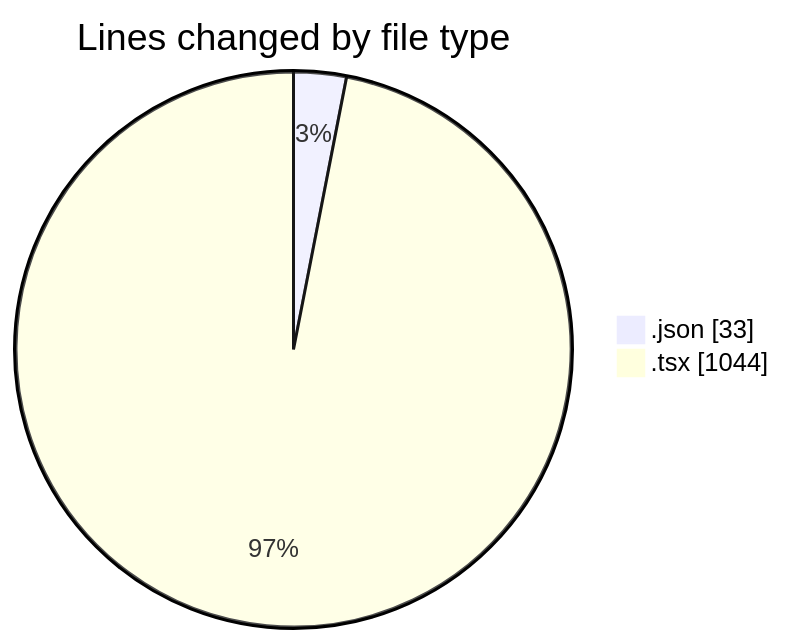
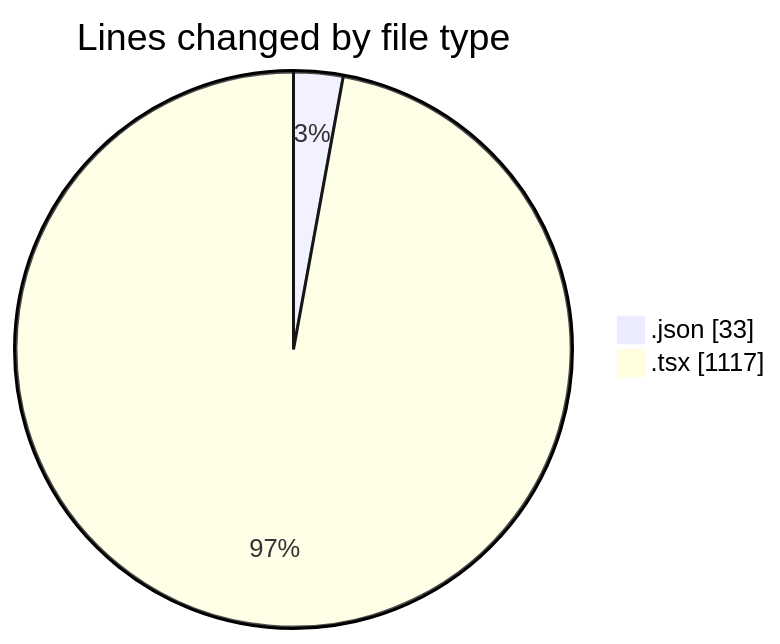
One commit to Elitesun/code-tracking changed the first of 2 diagrams in 2025-03-11/projet_stage/README.md. Above: the diagram before and after it, drawn with Mermaid. The commit also changed other lines of this file and 1 other file, not shown here.

````diff
--- a/2025-03-11/projet_stage/README.md
+++ b/2025-03-11/projet_stage/README.md
@@ -30,6 +30,6 @@
 ```mermaid
 pie showData
 title Lines changed by file type
 ".json" : 33
-".tsx" : 1044
+".tsx" : 1117
 ```
````
